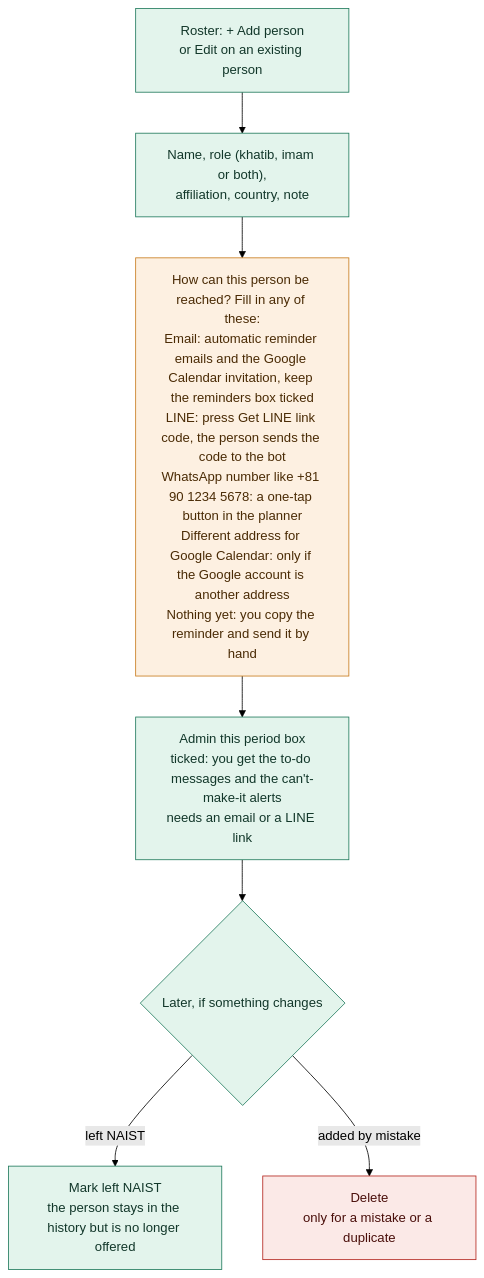
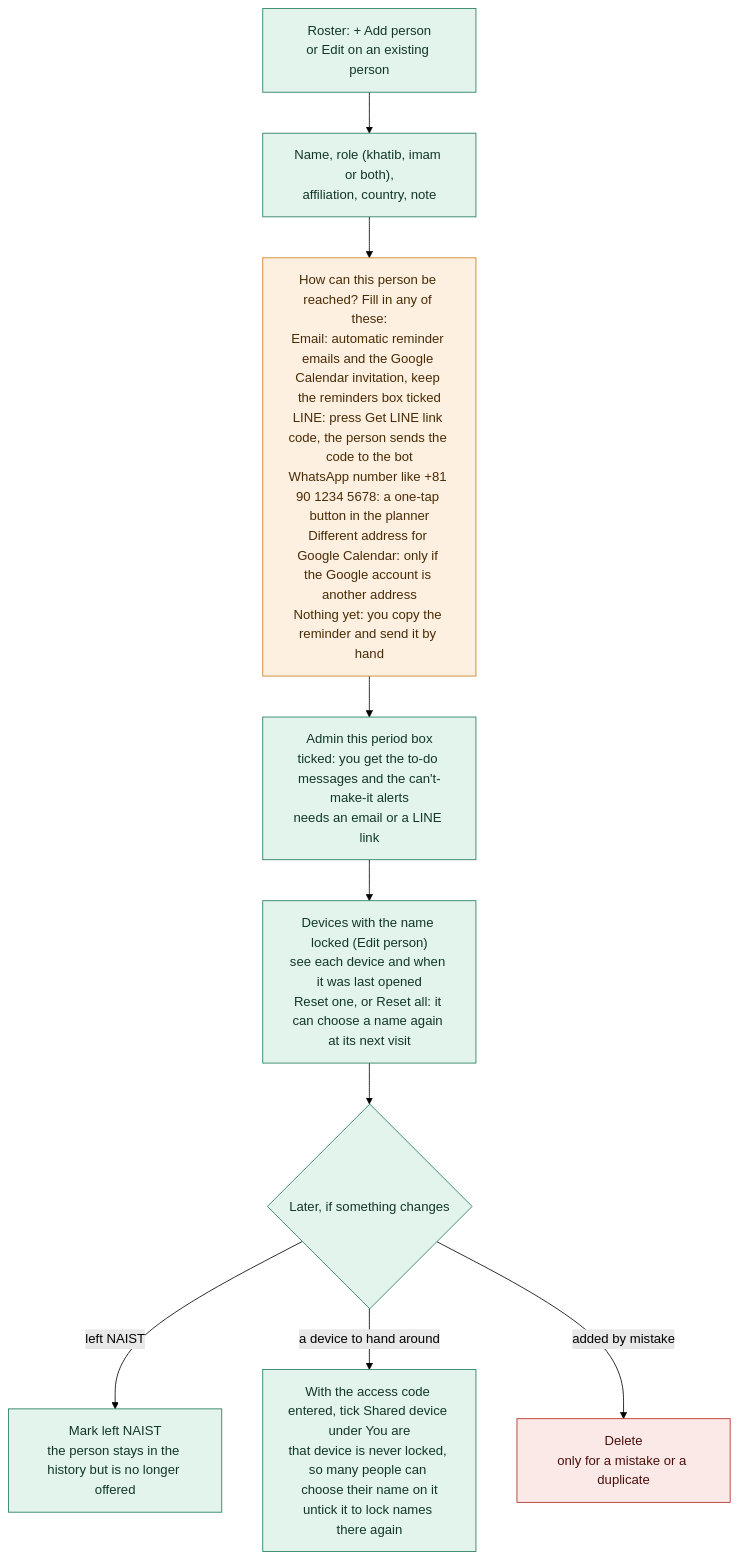
Before and after one commit to mushaffarasyidridha/Jumat-Scheduler-NAIST: the diagram in public/flows/admin-roster.mmd, drawn with Mermaid (forest theme). The commit also changed 14 other files, not shown here.

First line of the commit message:
Name lock: the server remembers each device so the admin can reset it

```diff
--- a/public/flows/admin-roster.mmd
+++ b/public/flows/admin-roster.mmd
@@ -1,14 +1,16 @@
 flowchart TD
   A["Roster: + Add person<br/>or Edit on an existing person"] --> B["Name, role (khatib, imam or both),<br/>affiliation, country, note"]
   B --> C["How can this person be reached? Fill in any of these:<br/>Email: automatic reminder emails and the Google Calendar invitation, keep the reminders box ticked<br/>LINE: press Get LINE link code, the person sends the code to the bot<br/>WhatsApp number like +81 90 1234 5678: a one-tap button in the planner<br/>Different address for Google Calendar: only if the Google account is another address<br/>Nothing yet: you copy the reminder and send it by hand"]
   C --> D["Admin this period box<br/>ticked: you get the to-do messages and the can't-make-it alerts<br/>needs an email or a LINE link"]
-  D --> G{"Later, if something changes"}
+  D --> H["Devices with the name locked (Edit person)<br/>see each device and when it was last opened<br/>Reset one, or Reset all: it can choose a name again at its next visit"]
+  H --> G{"Later, if something changes"}
   G -->|"left NAIST"| E["Mark left NAIST<br/>the person stays in the history but is no longer offered"]
+  G -->|"a device to hand around"| I["With the access code entered, tick Shared device under You are<br/>that device is never locked, so many people can choose their name on it<br/>untick it to lock names there again"]
   G -->|"added by mistake"| F["Delete<br/>only for a mistake or a duplicate"]
 
   classDef admin fill:#e3f4ec,stroke:#1f7a5c,color:#12372a
   classDef out fill:#fdf0e1,stroke:#c77b1c,color:#4a2b05
   classDef warn fill:#fbe9e7,stroke:#b3261e,color:#4a0f0b
-  class A,B,D,E,G admin
+  class A,B,D,E,G,H,I admin
   class C out
   class F warn
```
